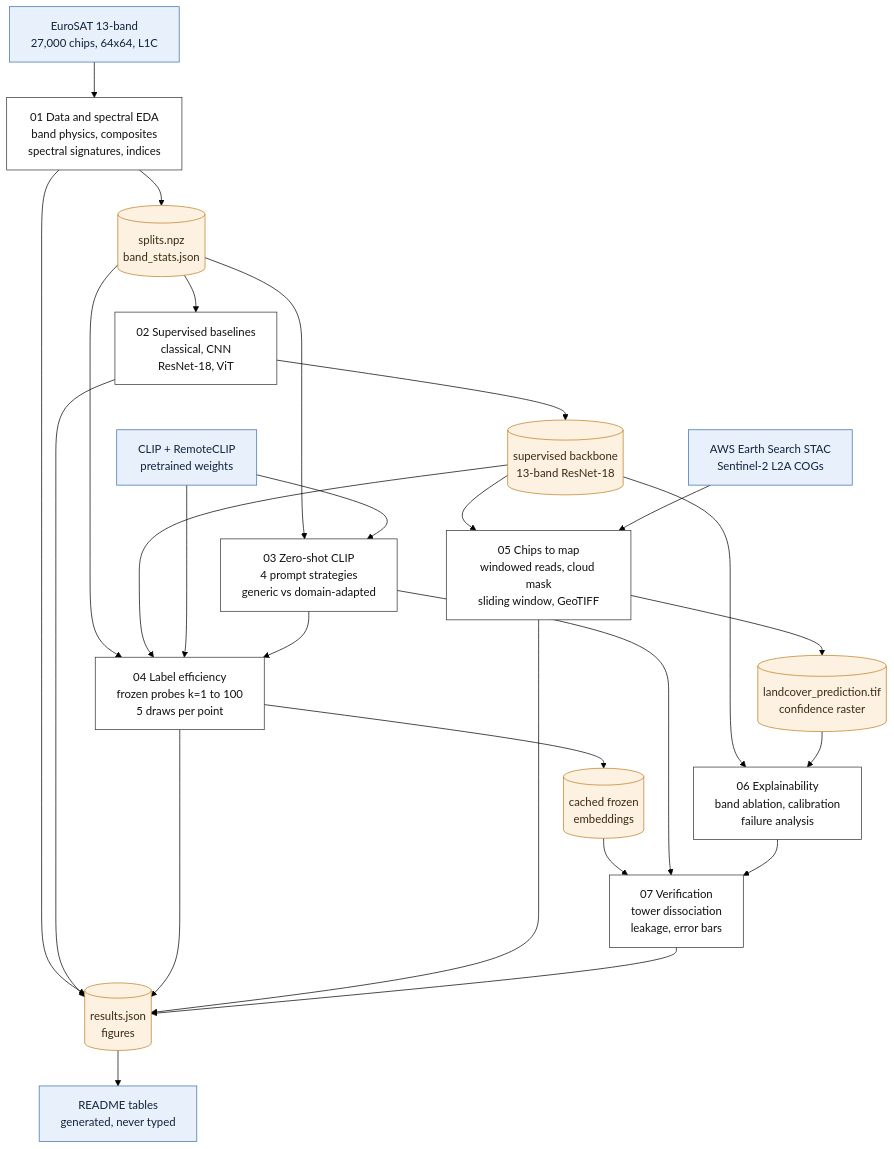
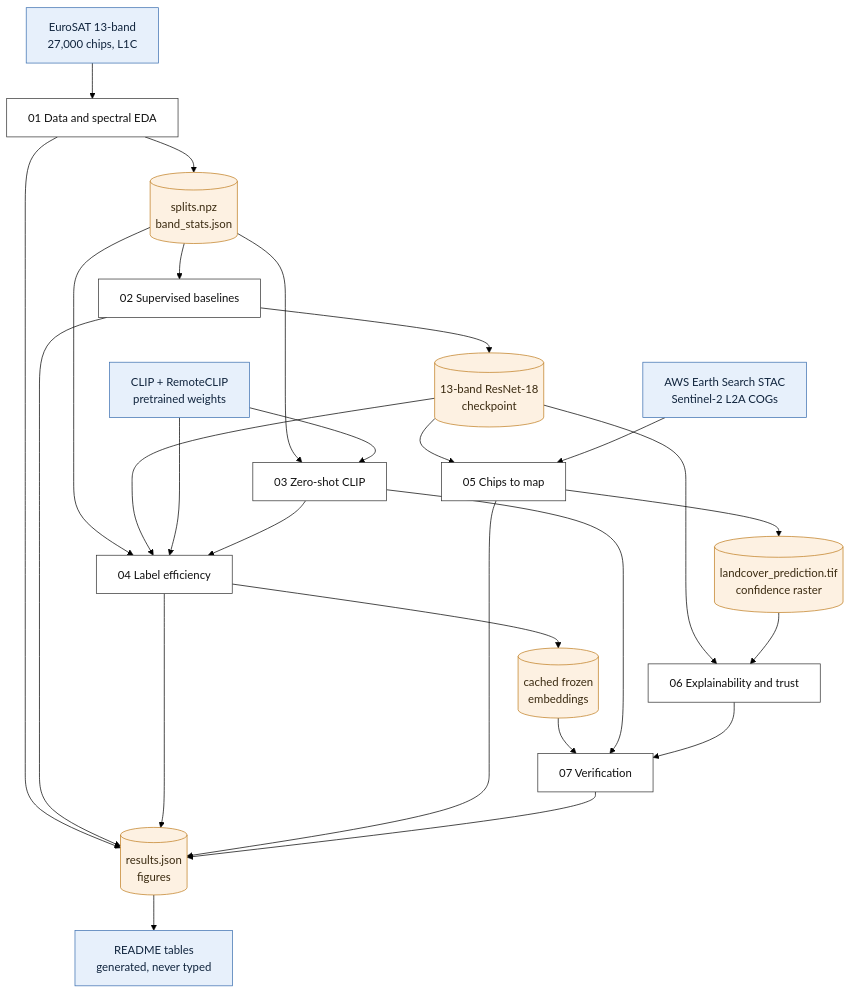
Before and after one commit to SaadH-077/sentinel2-landcover-mapping: the second of 2 diagrams in README.md, drawn with Mermaid (forest theme). The commit also changed other lines of this file and 7 other files, not shown here.

````diff
--- a/README.md
+++ b/README.md
@@ -297,53 +170,53 @@
 ```mermaid
 flowchart TD
-    EUROSAT[EuroSAT 13-band<br/>27,000 chips, 64x64, L1C]
+    EUROSAT[EuroSAT 13-band<br/>27,000 chips, L1C]
     STACSRC[AWS Earth Search STAC<br/>Sentinel-2 L2A COGs]
     CLIPW[CLIP + RemoteCLIP<br/>pretrained weights]
 
-    NB1[01 Data and spectral EDA<br/>band physics, composites<br/>spectral signatures, indices]
-    NB2[02 Supervised baselines<br/>classical, CNN<br/>ResNet-18, ViT]
-    NB3[03 Zero-shot CLIP<br/>4 prompt strategies<br/>generic vs domain-adapted]
-    NB4[04 Label efficiency<br/>frozen probes k=1 to 100<br/>5 draws per point]
-    NB5[05 Chips to map<br/>windowed reads, cloud mask<br/>sliding window, GeoTIFF]
-    NB6[06 Explainability<br/>band ablation, calibration<br/>failure analysis]
-    NB7[07 Verification<br/>tower dissociation<br/>leakage, error bars]
+    NB1[01 Data and spectral EDA]
+    NB2[02 Supervised baselines]
+    NB3[03 Zero-shot CLIP]
+    NB4[04 Label efficiency]
+    NB5[05 Chips to map]
+    NB6[06 Explainability and trust]
+    NB7[07 Verification]
 
     SPLITS[(splits.npz<br/>band_stats.json)]
-    CKPT[(supervised backbone<br/>13-band ResNet-18)]
+    CKPT[(13-band ResNet-18<br/>checkpoint)]
     FEATS[(cached frozen<br/>embeddings)]
     TIF[(landcover_prediction.tif<br/>confidence raster)]
     RES[(results.json<br/>figures)]
 
     EUROSAT --> NB1
     NB1 --> SPLITS
     SPLITS --> NB2
     SPLITS --> NB3
     SPLITS --> NB4
     NB2 --> CKPT
     CKPT --> NB4
     CKPT --> NB5
     CKPT --> NB6
     CLIPW --> NB3
     CLIPW --> NB4
     NB3 --> NB4
     NB4 --> FEATS
     FEATS --> NB7
     STACSRC --> NB5
     NB5 --> TIF
     TIF --> NB6
     NB3 --> NB7
     NB6 --> NB7
     NB1 --> RES
     NB2 --> RES
     NB4 --> RES
     NB5 --> RES
     NB7 --> RES
     RES --> DOC[README tables<br/>generated, never typed]
 
     classDef src fill:#e7f0fb,stroke:#3b6fb0,color:#10243d
     classDef book fill:#ffffff,stroke:#333333,color:#111111
     classDef file fill:#fdf1e2,stroke:#c07d20,color:#3a2a10
     class EUROSAT,STACSRC,CLIPW,DOC src
     class NB1,NB2,NB3,NB4,NB5,NB6,NB7 book
     class SPLITS,CKPT,FEATS,TIF,RES file
 ```
````
